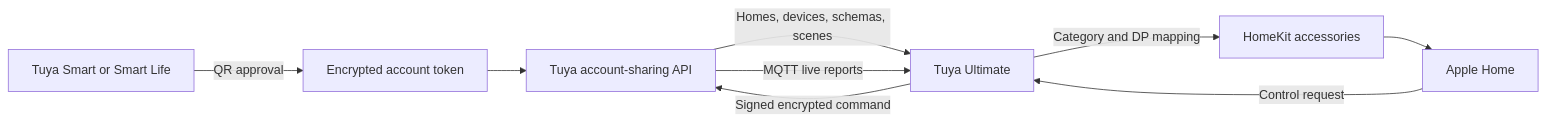
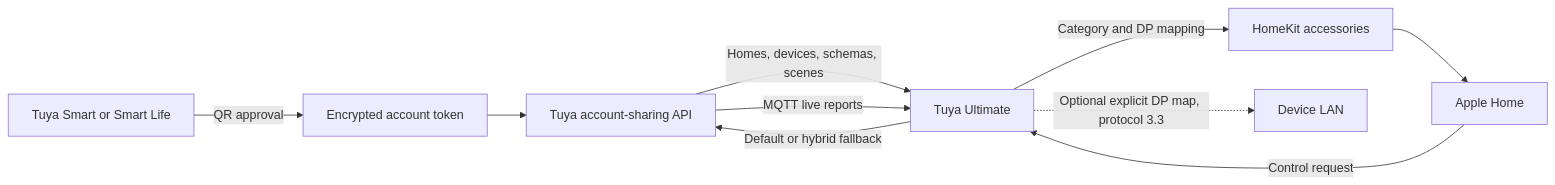
Before and after one commit to tharunpkarun/homebridge-tuya-ultimate: the diagram in README.md, drawn with Mermaid. The commit also changed other lines of this file and 43 other files, not shown here.

Commit message:
feat: build ultimate roadmap foundations

````diff
--- a/README.md
+++ b/README.md
@@ -129,11 +135,12 @@
 ```mermaid
 flowchart LR
   A[Tuya Smart or Smart Life] -->|QR approval| B[Encrypted account token]
   B --> C[Tuya account-sharing API]
   C -->|Homes, devices, schemas, scenes| D[Tuya Ultimate]
   C -->|MQTT live reports| D
   D -->|Category and DP mapping| E[HomeKit accessories]
   E --> F[Apple Home]
   F -->|Control request| D
-  D -->|Signed encrypted command| C
+  D -->|Default or hybrid fallback| C
+  D -.->|Optional explicit DP map, protocol 3.3| G[Device LAN]
 ```
````
